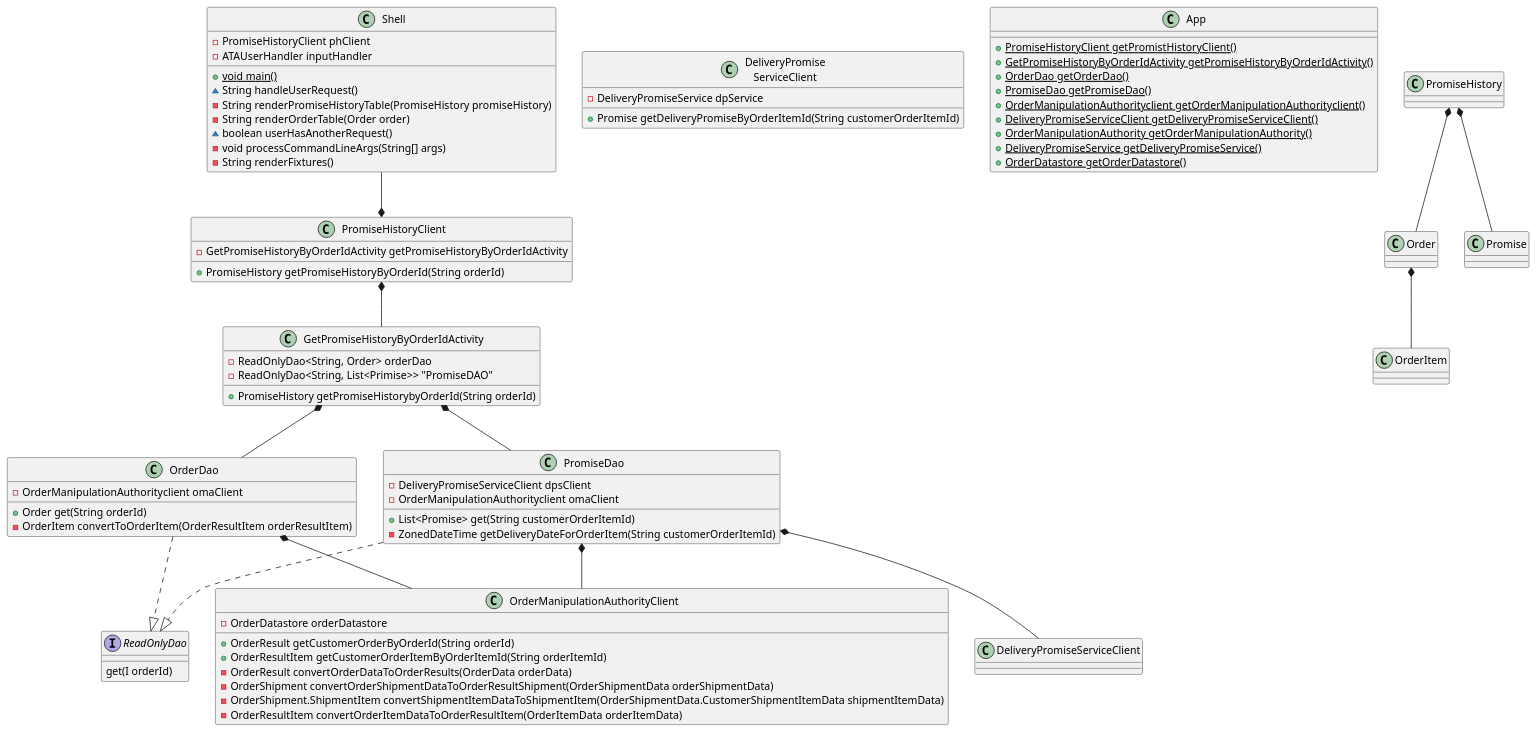
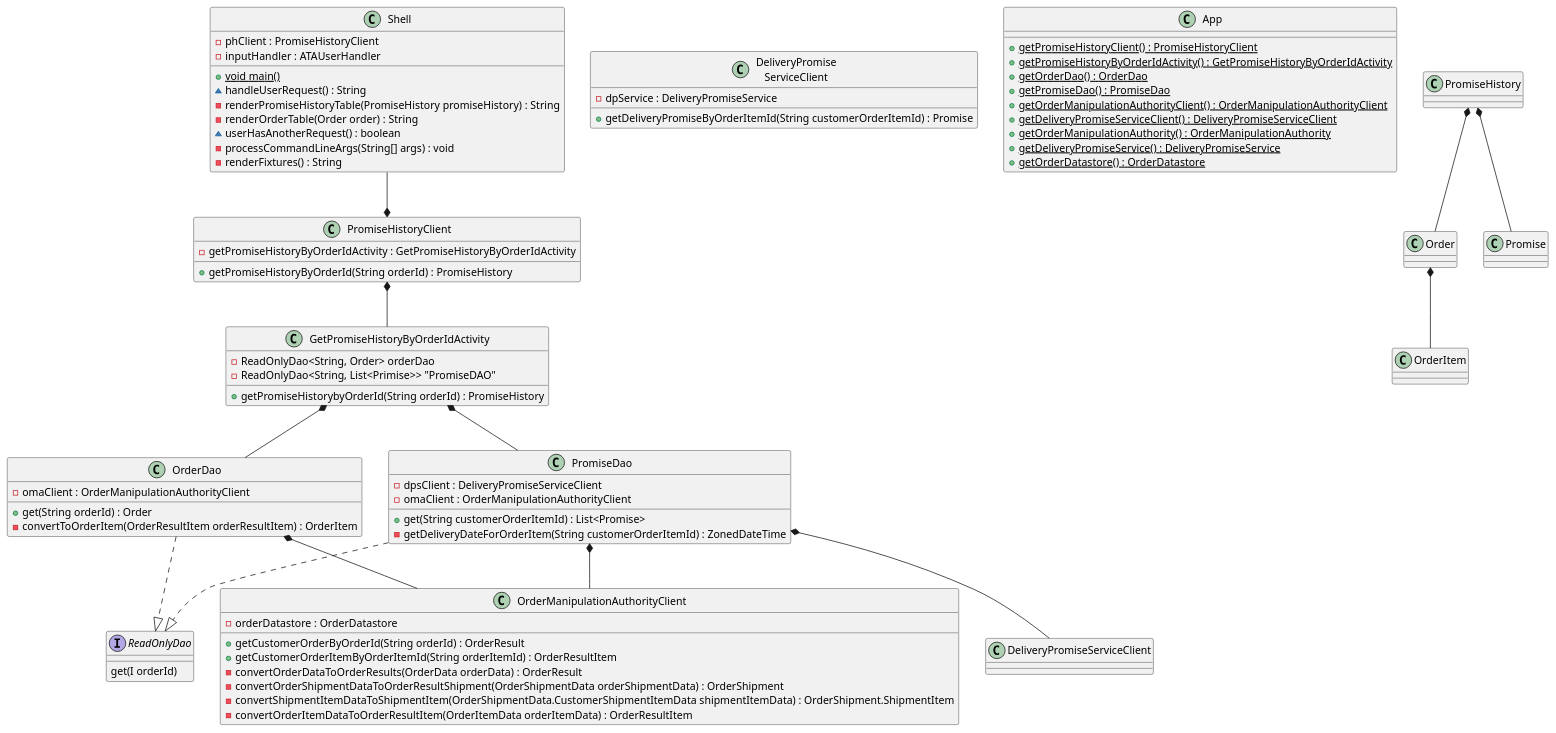
The diagram in src/resources/deliveringonourpromise_CD.puml (ramosmedj13/DeliveringOnOurPromise), drawn with PlantUML before and after one commit. The commit also changed 13 other files, not shown here.

```diff
--- a/src/resources/deliveringonourpromise_CD.puml
+++ b/src/resources/deliveringonourpromise_CD.puml
@@ -1,83 +1,83 @@
 @startuml
 
 'Classes
 class Shell {
-    - {field} PromiseHistoryClient phClient
-    - {field} ATAUserHandler inputHandler
+    - {field} phClient : PromiseHistoryClient
+    - {field} inputHandler : ATAUserHandler
     + {method} {static} void main()
-    ~ {method} String handleUserRequest()
-    - {method} String renderPromiseHistoryTable(PromiseHistory promiseHistory)
-    - {method} String renderOrderTable(Order order)
-    ~ {method} boolean userHasAnotherRequest()
-    - {method} void processCommandLineArgs(String[] args)
-    - {method} String renderFixtures()
+    ~ {method} handleUserRequest() : String
+    - {method} renderPromiseHistoryTable(PromiseHistory promiseHistory) : String
+    - {method} renderOrderTable(Order order) : String
+    ~ {method} userHasAnotherRequest() : boolean
+    - {method} processCommandLineArgs(String[] args) : void
+    - {method} renderFixtures() : String
 
 }
 
 class PromiseHistoryClient {
-    - {field} GetPromiseHistoryByOrderIdActivity getPromiseHistoryByOrderIdActivity
-    + {method} PromiseHistory getPromiseHistoryByOrderId(String orderId)
+    - {field} getPromiseHistoryByOrderIdActivity : GetPromiseHistoryByOrderIdActivity
+    + {method} getPromiseHistoryByOrderId(String orderId) : PromiseHistory
 }
 
 class GetPromiseHistoryByOrderIdActivity {
     - {field} ReadOnlyDao<String, Order> orderDao
     - {field} ReadOnlyDao<String, List<Primise>> "PromiseDAO"
-    + {method} PromiseHistory getPromiseHistorybyOrderId(String orderId)
+    + {method} getPromiseHistorybyOrderId(String orderId) : PromiseHistory
 }
 class OrderDao {
-    - {field} OrderManipulationAuthorityclient omaClient
-    + {method} Order get(String orderId)
-    - {method} OrderItem convertToOrderItem(OrderResultItem orderResultItem)
+    - {field} omaClient : OrderManipulationAuthorityClient
+    + {method} get(String orderId) : Order
+    - {method} convertToOrderItem(OrderResultItem orderResultItem) : OrderItem
 }
 class PromiseDao {
-    - {field} DeliveryPromiseServiceClient dpsClient
-    - {field} OrderManipulationAuthorityclient omaClient
-    + {method} List<Promise> get(String customerOrderItemId)
-    - {method} ZonedDateTime getDeliveryDateForOrderItem(String customerOrderItemId)
+    - {field} dpsClient : DeliveryPromiseServiceClient
+    - {field} omaClient : OrderManipulationAuthorityClient
+    + {method} get(String customerOrderItemId) : List<Promise>
+    - {method} getDeliveryDateForOrderItem(String customerOrderItemId) : ZonedDateTime
 }
 class OrderManipulationAuthorityClient {
-    - {field} OrderDatastore orderDatastore
-    + {method} OrderResult getCustomerOrderByOrderId(String orderId)
-    + {method} OrderResultItem getCustomerOrderItemByOrderItemId(String orderItemId)
-    - {method} OrderResult convertOrderDataToOrderResults(OrderData orderData)
-    - {method} OrderShipment convertOrderShipmentDataToOrderResultShipment(OrderShipmentData orderShipmentData)
-    - {method} OrderShipment.ShipmentItem convertShipmentItemDataToShipmentItem(OrderShipmentData.CustomerShipmentItemData shipmentItemData)
-    - {method} OrderResultItem convertOrderItemDataToOrderResultItem(OrderItemData orderItemData)
+    - {field} orderDatastore : OrderDatastore
+    + {method} getCustomerOrderByOrderId(String orderId) : OrderResult
+    + {method} getCustomerOrderItemByOrderItemId(String orderItemId) : OrderResultItem
+    - {method} convertOrderDataToOrderResults(OrderData orderData) : OrderResult
+    - {method} convertOrderShipmentDataToOrderResultShipment(OrderShipmentData orderShipmentData) : OrderShipment
+    - {method} convertShipmentItemDataToShipmentItem(OrderShipmentData.CustomerShipmentItemData shipmentItemData) : OrderShipment.ShipmentItem
+    - {method} convertOrderItemDataToOrderResultItem(OrderItemData orderItemData) : OrderResultItem
 }
 class DeliveryPromise\nServiceClient {
-    - {field} DeliveryPromiseService dpService
-    + {method} Promise getDeliveryPromiseByOrderItemId(String customerOrderItemId)
+    - {field} dpService : DeliveryPromiseService
+    + {method} getDeliveryPromiseByOrderItemId(String customerOrderItemId) : Promise
 }
 
 class App {
-    + {method} {static} PromiseHistoryClient getPromistHistoryClient()
-    + {method} {static} GetPromiseHistoryByOrderIdActivity getPromiseHistoryByOrderIdActivity()
-    + {method} {static} OrderDao getOrderDao()
-    + {method} {static} PromiseDao getPromiseDao()
-    + {method} {static} OrderManipulationAuthorityclient getOrderManipulationAuthorityclient()
-    + {method} {static} DeliveryPromiseServiceClient getDeliveryPromiseServiceClient()
-    + {method} {static} OrderManipulationAuthority getOrderManipulationAuthority()
-    + {method} {static} DeliveryPromiseService getDeliveryPromiseService()
-    + {method} {static} OrderDatastore getOrderDatastore()
+    + {method} {static} getPromiseHistoryClient() : PromiseHistoryClient
+    + {method} {static} getPromiseHistoryByOrderIdActivity() : GetPromiseHistoryByOrderIdActivity
+    + {method} {static} getOrderDao() : OrderDao
+    + {method} {static} getPromiseDao() : PromiseDao
+    + {method} {static} getOrderManipulationAuthorityClient() : OrderManipulationAuthorityClient
+    + {method} {static} getDeliveryPromiseServiceClient() : DeliveryPromiseServiceClient
+    + {method} {static} getOrderManipulationAuthority() : OrderManipulationAuthority
+    + {method} {static} getDeliveryPromiseService() : DeliveryPromiseService
+    + {method} {static} getOrderDatastore() : OrderDatastore
 
 }
 
 interface ReadOnlyDao {
     {method} get(I orderId)
 }
 
 'Relationships
 Shell --* PromiseHistoryClient
 PromiseHistoryClient *-- GetPromiseHistoryByOrderIdActivity
 GetPromiseHistoryByOrderIdActivity *-- OrderDao
 OrderDao *-- OrderManipulationAuthorityClient
 OrderDao ..|> ReadOnlyDao
 PromiseDao ..|> ReadOnlyDao
 GetPromiseHistoryByOrderIdActivity *-- PromiseDao
 PromiseDao *-- DeliveryPromiseServiceClient
 PromiseDao *-- OrderManipulationAuthorityClient
 PromiseHistory *-- Order
 PromiseHistory *-- Promise
 Order *-- OrderItem
 
 @enduml
```
